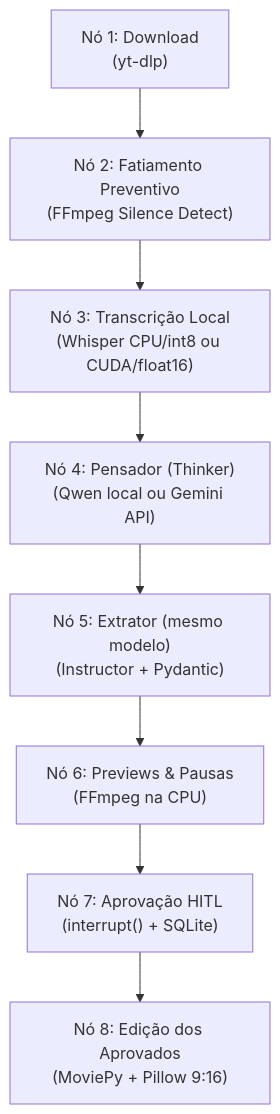
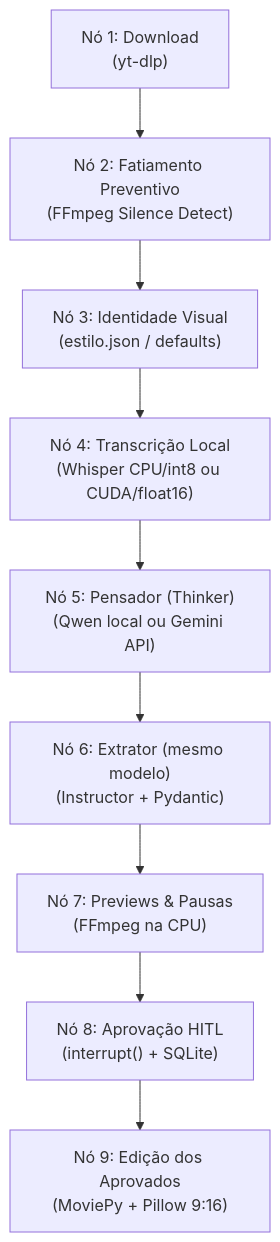
One commit to SegantinDavi/agent-clipper changed the diagram in AGENTS.md. Above: the diagram before and after it, drawn with Mermaid. The commit also changed 5 other files, not shown here.

````diff
--- a/AGENTS.md
+++ b/AGENTS.md
@@ -123,11 +123,12 @@
 ```mermaid
 graph TD
     Z["Nó 1: Download<br>(yt-dlp)"] --> A["Nó 2: Fatiamento Preventivo<br>(FFmpeg Silence Detect)"]
-    A --> B["Nó 3: Transcrição Local<br>(Whisper CPU/int8 ou CUDA/float16)"]
-    B --> C["Nó 4: Pensador (Thinker)<br>(Qwen local ou Gemini API)"]
-    C --> D["Nó 5: Extrator (mesmo modelo)<br>(Instructor + Pydantic)"]
-    D --> E["Nó 6: Previews & Pausas<br>(FFmpeg na CPU)"]
-    E --> F["Nó 7: Aprovação HITL<br>(interrupt() + SQLite)"]
-    F --> G["Nó 8: Edição dos Aprovados<br>(MoviePy + Pillow 9:16)"]
+    A --> S["Nó 3: Identidade Visual<br>(estilo.json / defaults)"]
+    S --> B["Nó 4: Transcrição Local<br>(Whisper CPU/int8 ou CUDA/float16)"]
+    B --> C["Nó 5: Pensador (Thinker)<br>(Qwen local ou Gemini API)"]
+    C --> D["Nó 6: Extrator (mesmo modelo)<br>(Instructor + Pydantic)"]
+    D --> E["Nó 7: Previews & Pausas<br>(FFmpeg na CPU)"]
+    E --> F["Nó 8: Aprovação HITL<br>(interrupt() + SQLite)"]
+    F --> G["Nó 9: Edição dos Aprovados<br>(MoviePy + Pillow 9:16)"]
 
 ```
````
